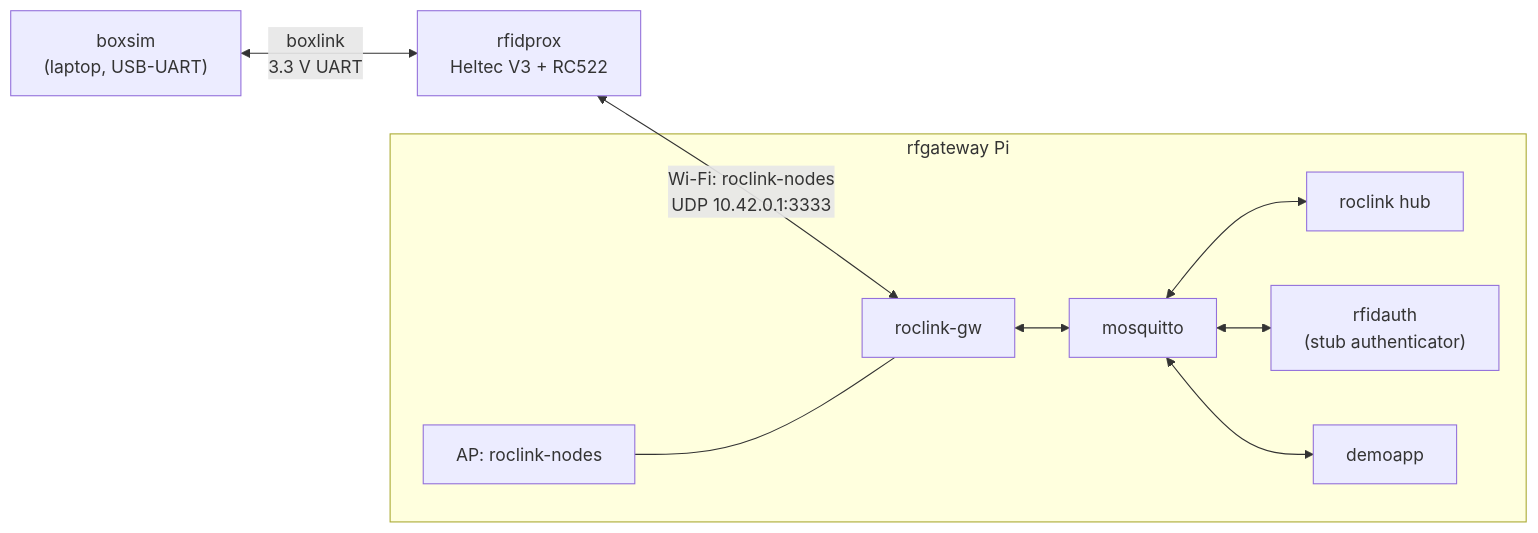
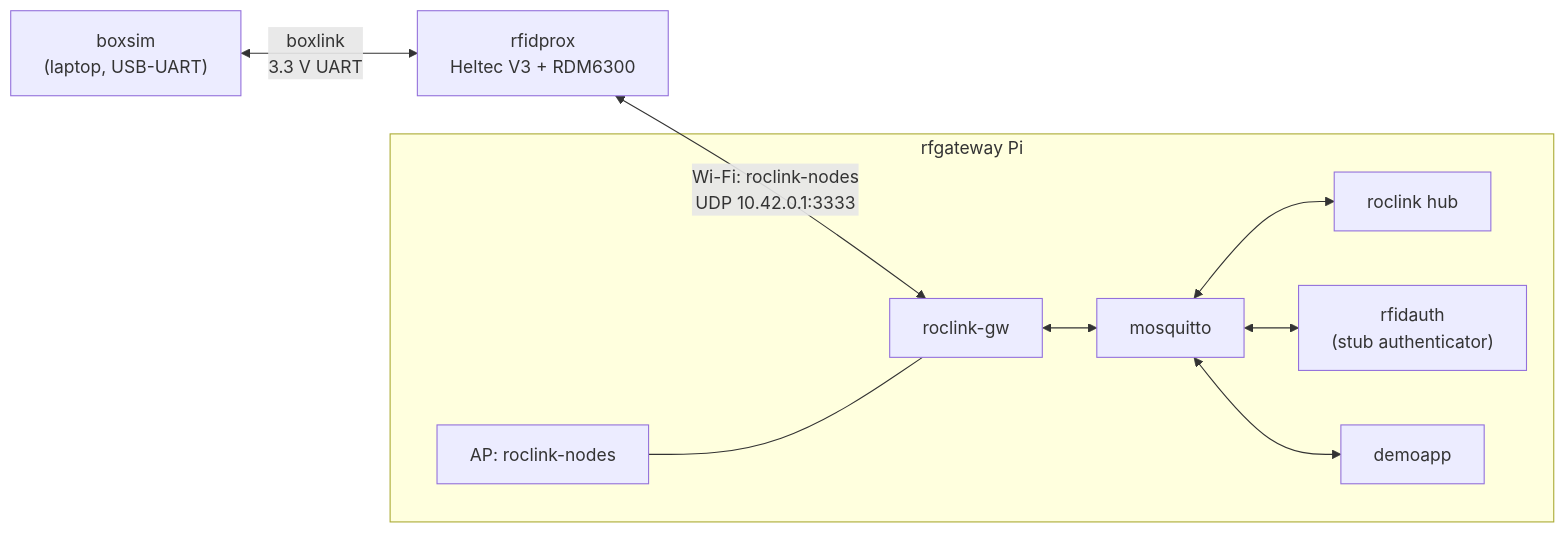
One commit to alienelephant/rocbotnet changed the diagram in rfidproxies/rfidprox/docs/PLAN_WIFI_EXAMPLE.md. Above: the diagram before and after it, drawn with Mermaid. The commit also changed other lines of this file and 10 other files, not shown here.

Commit message:
rfidprox: an RDM6300 (125 kHz) reader in place of the RC522

````diff
--- a/rfidproxies/rfidprox/docs/PLAN_WIFI_EXAMPLE.md
+++ b/rfidproxies/rfidprox/docs/PLAN_WIFI_EXAMPLE.md
@@ -12,12 +12,12 @@
 ```mermaid
 flowchart LR
-    BS["boxsim<br/>(laptop, USB-UART)"] <-->|"boxlink<br/>3.3 V UART"| PX["rfidprox<br/>Heltec V3 + RC522"]
+    BS["boxsim<br/>(laptop, USB-UART)"] <-->|"boxlink<br/>3.3 V UART"| PX["rfidprox<br/>Heltec V3 + RDM6300"]
     PX <-->|"Wi-Fi: roclink-nodes<br/>UDP 10.42.0.1:3333"| GW
     subgraph PI["rfgateway Pi"]
       AP["AP: roclink-nodes"] --- GW["roclink-gw"]
       GW <--> MQ["mosquitto"]
       MQ <--> HUB["roclink hub"]
       MQ <--> RA["rfidauth<br/>(stub authenticator)"]
       MQ <--> DA["demoapp"]
     end
 ```
````
